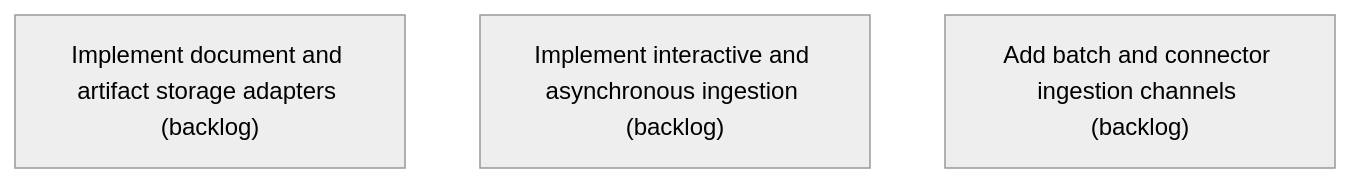
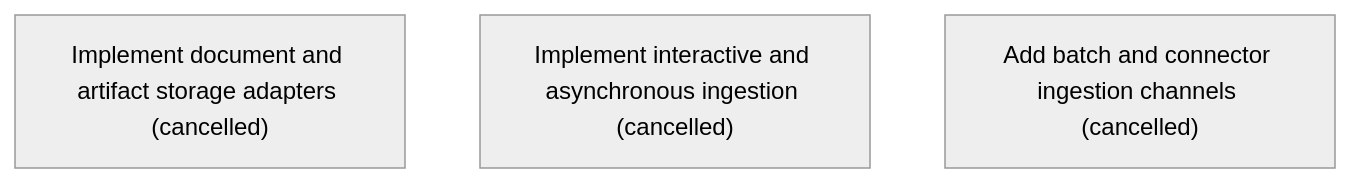
Before and after one commit to asadayoub/Evidentia: the diagram in .skyhook/plan/epics/ESXRMFV8AMRPA4EM9907RP91G0.md, drawn with Mermaid (neutral theme). The commit also changed other lines of this file and 54 other files, not shown here.

Commit message:
docs(skyhook): adopt interaction-first delivery roadmap

````diff
--- a/.skyhook/plan/epics/ESXRMFV8AMRPA4EM9907RP91G0.md
+++ b/.skyhook/plan/epics/ESXRMFV8AMRPA4EM9907RP91G0.md
@@ -22,6 +22,6 @@
 ```mermaid
 flowchart TD
-    KMC5EK26PXNT868PT6W97RX06A["Implement document and artifact storage adapters (backlog)"]
-    D86X3Q727TBSXDQX5NRNNZEB63["Implement interactive and asynchronous ingestion (backlog)"]
-    HFVVS2GASHC8W7HEMCW9VMP0TB["Add batch and connector ingestion channels (backlog)"]
+    KMC5EK26PXNT868PT6W97RX06A["Implement document and artifact storage adapters (cancelled)"]
+    D86X3Q727TBSXDQX5NRNNZEB63["Implement interactive and asynchronous ingestion (cancelled)"]
+    HFVVS2GASHC8W7HEMCW9VMP0TB["Add batch and connector ingestion channels (cancelled)"]
 ```
````
